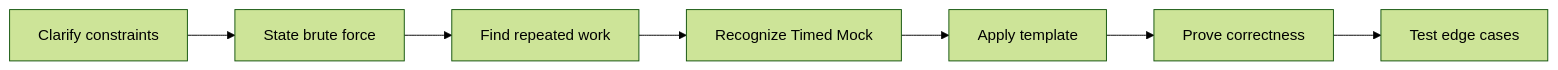
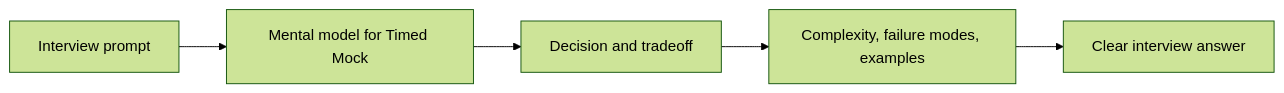
Before and after one commit to abstractinterviews/abstractinterviews.github.io: the second of 2 diagrams in coding-round/mock-interviews/timed-mock/index.md, drawn with Mermaid (forest theme). The commit also changed other lines of this file and 278 other files, not shown here.

````diff
--- a/coding-round/mock-interviews/timed-mock/index.md
+++ b/coding-round/mock-interviews/timed-mock/index.md
@@ -123,9 +121,7 @@
-~~~mermaid
+```mermaid
 flowchart LR
-    A["Clarify constraints"] --> B["State brute force"]
-    B --> C["Find repeated work"]
-    C --> D["Recognize Timed Mock"]
-    D --> E["Apply template"]
-    E --> F["Prove correctness"]
-    F --> G["Test edge cases"]
-~~~
+    Problem["Interview prompt"] --> Model["Mental model for Timed Mock"]
+    Model --> Choice["Decision and tradeoff"]
+    Choice --> Evidence["Complexity, failure modes, examples"]
+    Evidence --> Answer["Clear interview answer"]
+```
````
